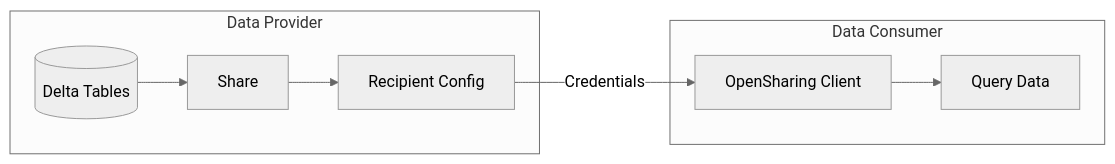
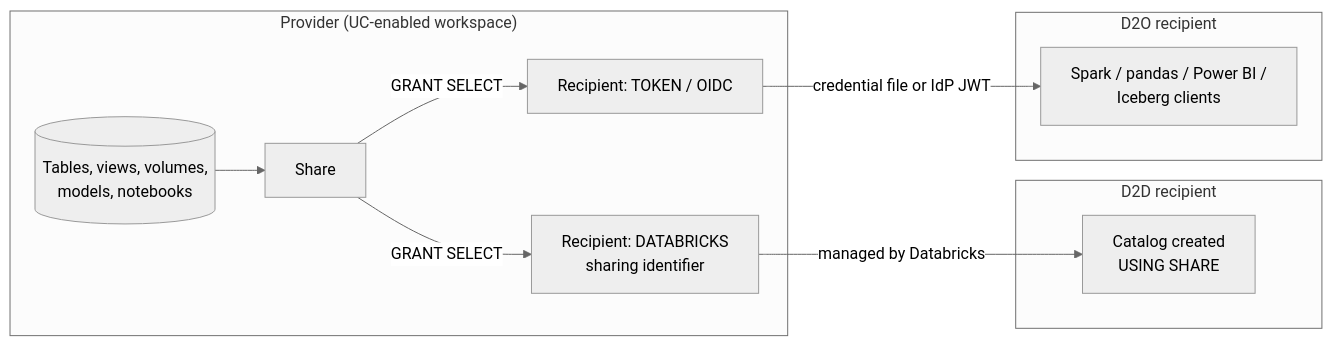
One commit to kengio/databricks-certification-study-guide changed the diagram in certifications/data-engineer-professional/02-data-ingestion-and-acquisition/06-opensharing.md. Above: the diagram before and after it, drawn with Mermaid (neutral theme). The commit also changed other lines of this file and 108 other files, not shown here.

````diff
--- a/certifications/data-engineer-professional/02-data-ingestion-and-acquisition/06-opensharing.md
+++ b/certifications/data-engineer-professional/02-data-ingestion-and-acquisition/06-opensharing.md
@@ -17,18 +39,20 @@
 ```mermaid
 flowchart LR
-    subgraph Provider["Data Provider"]
-        Data[(Delta Tables)]
-        Share[Share]
-        Recipient[Recipient Config]
+    subgraph P["Provider (UC-enabled workspace)"]
+        T[(Tables, views, volumes,<br/>models, notebooks)]
+        S[Share]
+        R1[Recipient: DATABRICKS<br/>sharing identifier]
+        R2[Recipient: TOKEN / OIDC]
     end
-
-    subgraph Consumer["Data Consumer"]
-        Client[OpenSharing Client]
-        Query[Query Data]
+    subgraph D2D["D2D recipient"]
+        C1[Catalog created<br/>USING SHARE]
     end
-
-    Data --> Share
-    Share --> Recipient
-    Recipient --> |Credentials| Client
-    Client --> Query
+    subgraph D2O["D2O recipient"]
+        C2[Spark / pandas / Power BI /<br/>Iceberg clients]
+    end
+    T --> S
+    S -- GRANT SELECT --> R1
+    S -- GRANT SELECT --> R2
+    R1 -- managed by Databricks --> C1
+    R2 -- credential file or IdP JWT --> C2
 ```
````
